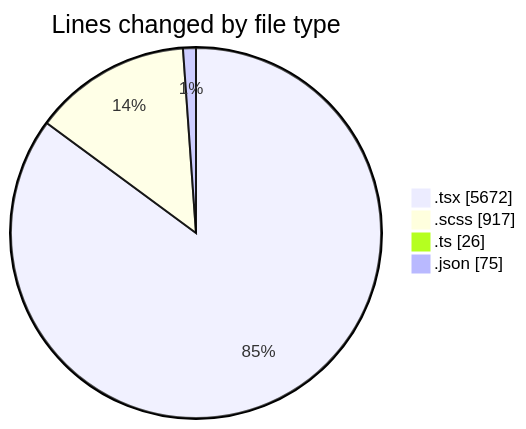
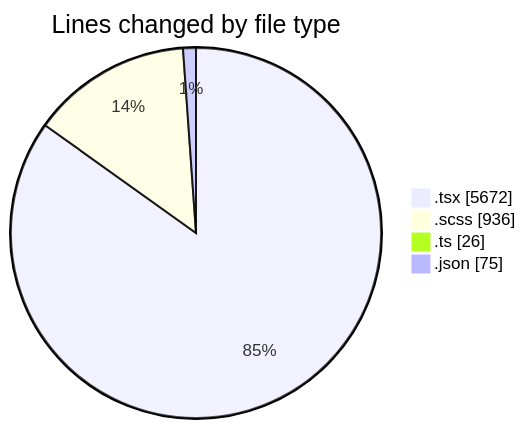
The first of 2 diagrams in 2025-04-09/cda/README.md (momahboobian/code-tracking), drawn with Mermaid before and after one commit. The commit also changed other lines of this file and 1 other file, not shown here.

````diff
--- a/2025-04-09/cda/README.md
+++ b/2025-04-09/cda/README.md
@@ -43,8 +43,8 @@
 ```mermaid
 pie showData
 title Lines changed by file type
 ".tsx" : 5672
-".scss" : 917
+".scss" : 936
 ".ts" : 26
 ".json" : 75
 ```
````
